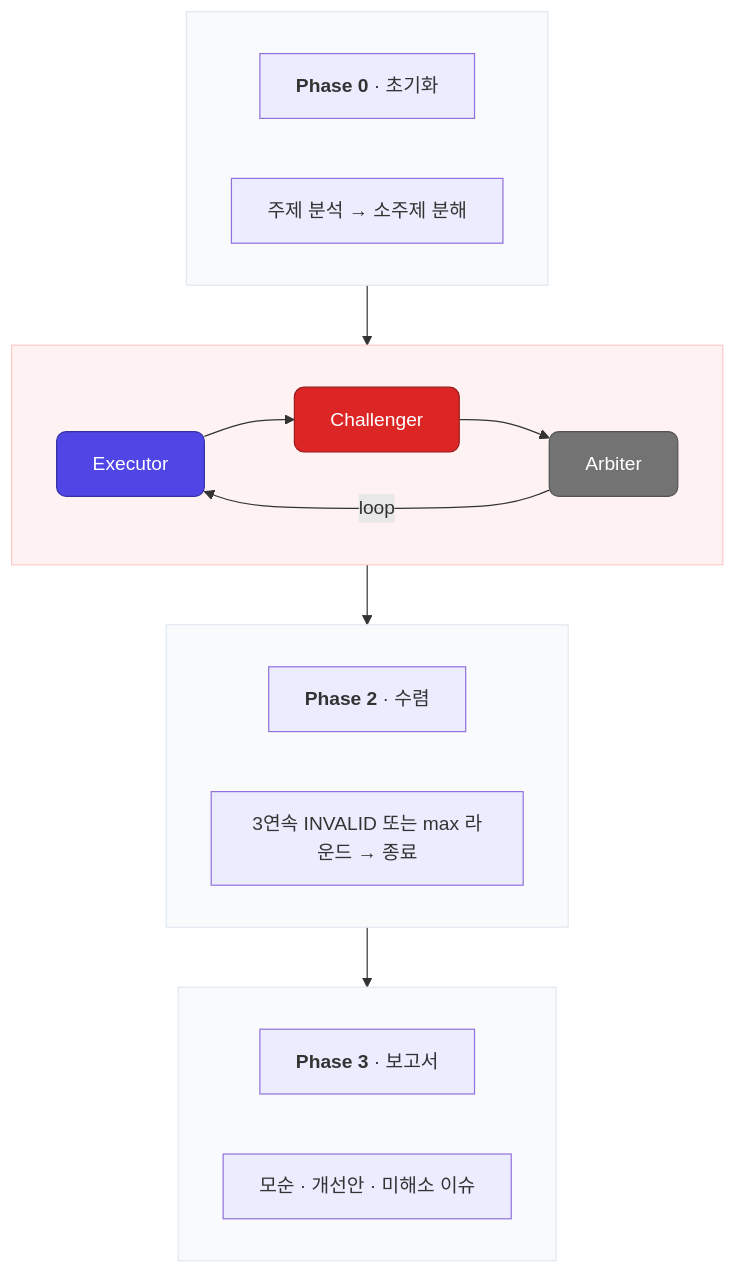
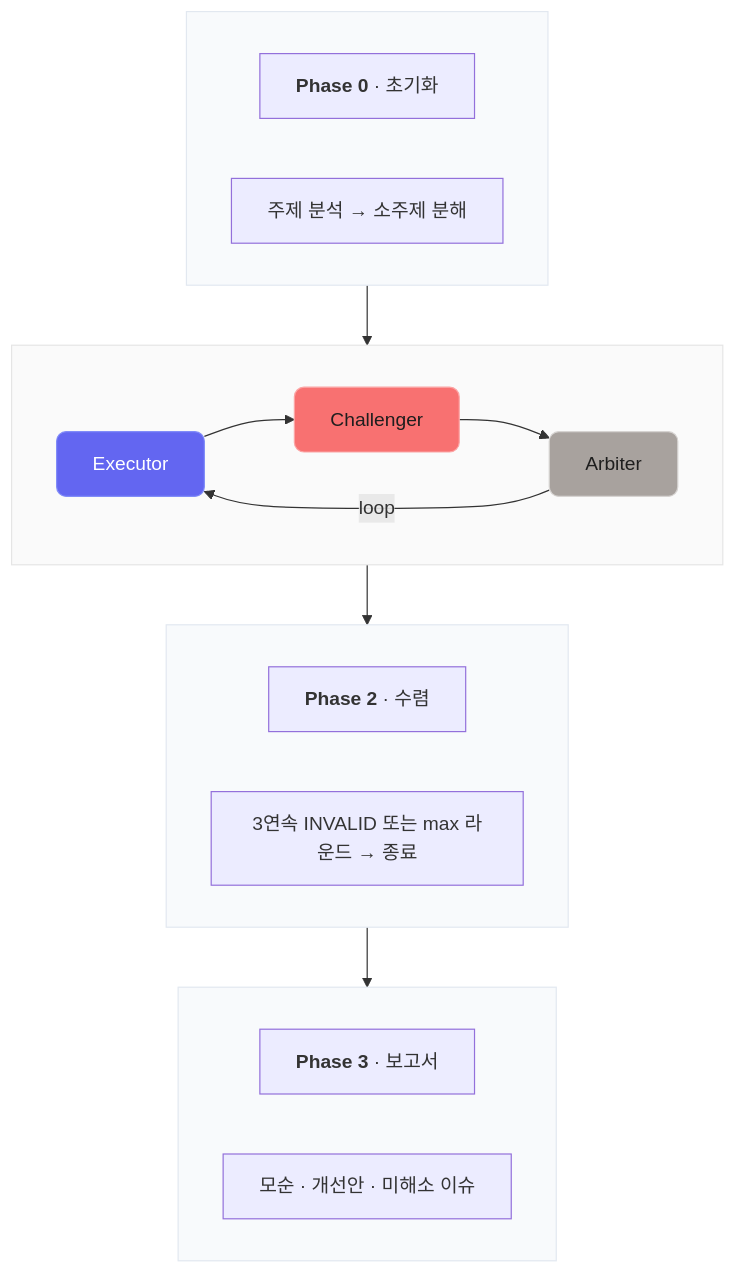
One commit to cho1124/multi-agent-adversarial-verification changed the second of 2 diagrams in README.md. Above: the diagram before and after it, drawn with Mermaid. The commit also changed other lines of this file and 1 other file, not shown here.

Commit message:
style: Mermaid 컬러 톤다운 — 부드러운 파스텔 톤으로 전환

````diff
--- a/README.md
+++ b/README.md
@@ -56,39 +56,39 @@
 ```mermaid
 flowchart TB
     subgraph P0 [" "]
         direction LR
         p0_title["<b>Phase 0</b> · 초기화"]
         p0_desc["주제 분석 → 소주제 분해"]
     end
 
     subgraph P1 [" "]
         direction LR
         EX["Executor"] --> CH["Challenger"]
         CH --> AR["Arbiter"]
         AR -->|loop| EX
     end
 
     subgraph P2 [" "]
         direction LR
         p2_title["<b>Phase 2</b> · 수렴"]
         p2_desc["3연속 INVALID 또는 max 라운드 → 종료"]
     end
 
     subgraph P3 [" "]
         direction LR
         p3_title["<b>Phase 3</b> · 보고서"]
         p3_desc["모순 · 개선안 · 미해소 이슈"]
     end
 
     P0 --> P1
     P1 --> P2
     P2 --> P3
 
     style P0 fill:#f8fafc,stroke:#e2e8f0,color:#334155
-    style P1 fill:#fef2f2,stroke:#fecaca,color:#334155
+    style P1 fill:#fafafa,stroke:#e5e5e5,color:#334155
     style P2 fill:#f8fafc,stroke:#e2e8f0,color:#334155
     style P3 fill:#f8fafc,stroke:#e2e8f0,color:#334155
-    style EX fill:#4f46e5,stroke:#3730a3,color:#fff,rx:8
-    style CH fill:#dc2626,stroke:#991b1b,color:#fff,rx:8
-    style AR fill:#737373,stroke:#525252,color:#fff,rx:8
+    style EX fill:#6366f1,stroke:#818cf8,color:#fff,rx:8
+    style CH fill:#f87171,stroke:#fca5a5,color:#1e1e1e,rx:8
+    style AR fill:#a8a29e,stroke:#d6d3d1,color:#1e1e1e,rx:8
 ```
````
